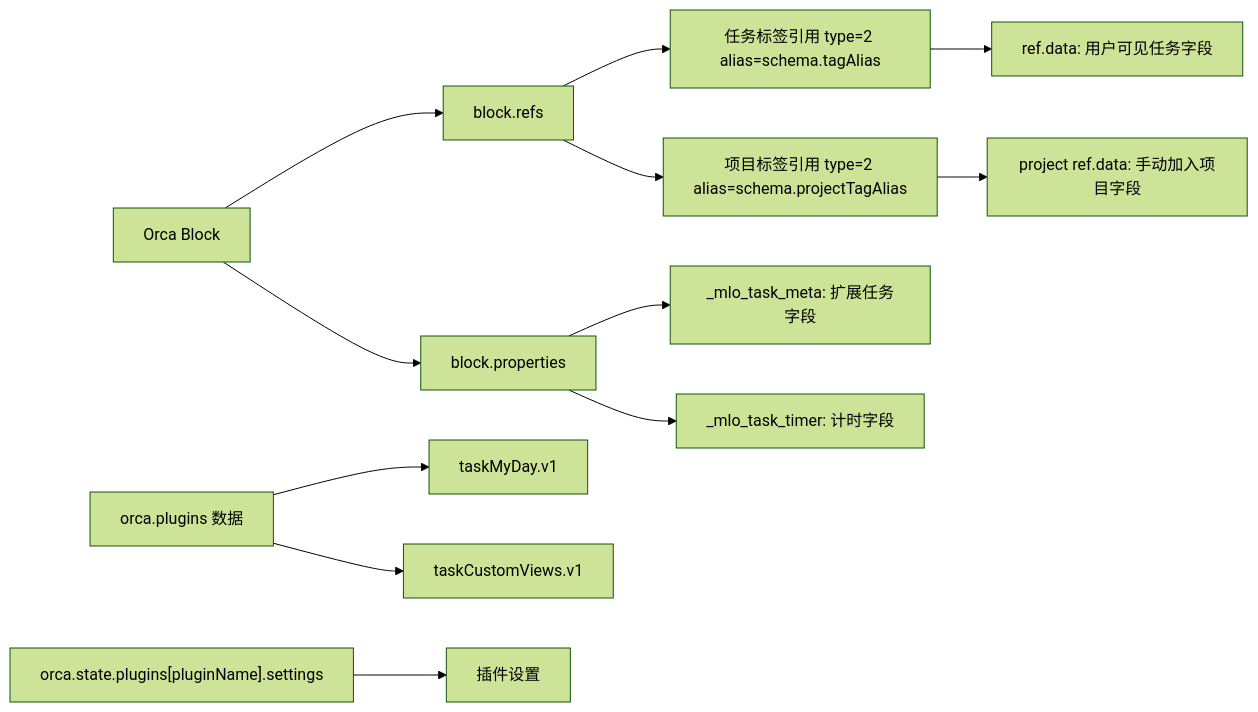
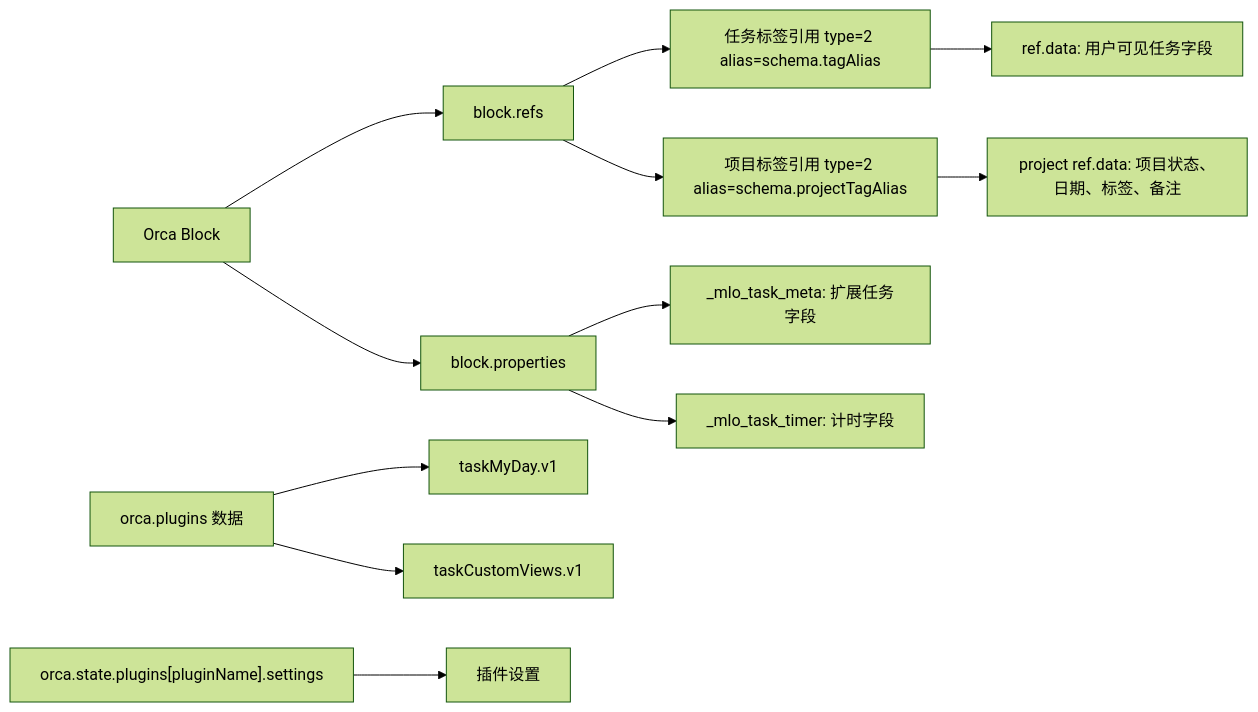
The first of 3 diagrams in doc/数据流/02-数据模型与存储.md (litcu/orca-plugin-task-planner), drawn with Mermaid (forest theme) before and after one commit. The commit also changed other lines of this file and 13 other files, not shown here.

````diff
--- a/doc/数据流/02-数据模型与存储.md
+++ b/doc/数据流/02-数据模型与存储.md
@@ -17,14 +18,14 @@
 ```mermaid
 flowchart LR
   Block["Orca Block"] --> Refs["block.refs"]
   Block --> Props["block.properties"]
   Refs --> TaskTagRef["任务标签引用 type=2 alias=schema.tagAlias"]
   Refs --> ProjectTagRef["项目标签引用 type=2 alias=schema.projectTagAlias"]
   TaskTagRef --> RefData["ref.data: 用户可见任务字段"]
-  ProjectTagRef --> ProjectData["project ref.data: 手动加入项目字段"]
+  ProjectTagRef --> ProjectData["project ref.data: 项目状态、日期、标签、备注"]
   Props --> Meta["_mlo_task_meta: 扩展任务字段"]
   Props --> Timer["_mlo_task_timer: 计时字段"]
   Plugin["orca.plugins 数据"] --> MyDay["taskMyDay.v1"]
   Plugin --> CustomViews["taskCustomViews.v1"]
   PluginSettings["orca.state.plugins[pluginName].settings"] --> Settings["插件设置"]
 ```
````
